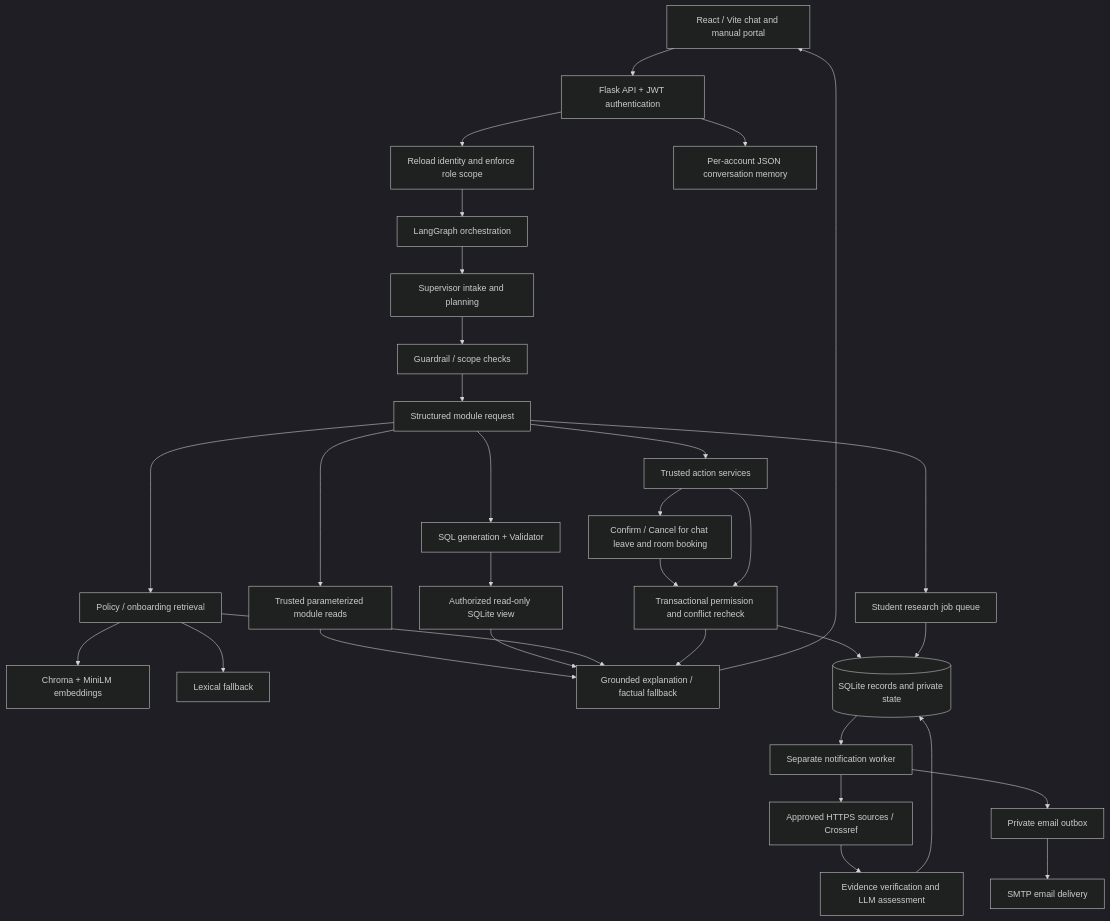
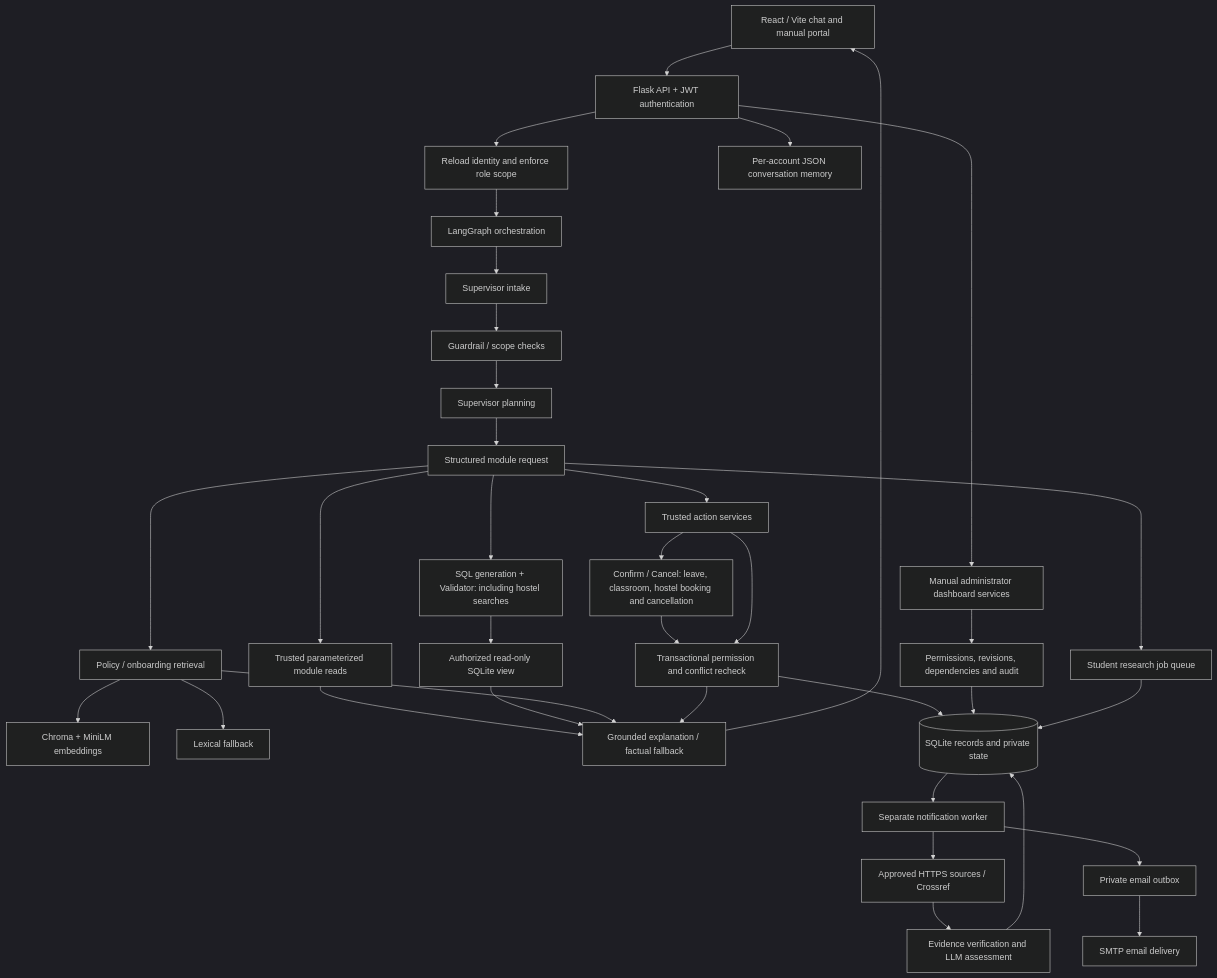
Before and after one commit to vishnuvardhan1507/Collage_Multi_agent_chatbot: the diagram in README.md, drawn with Mermaid (dark theme). The commit also changed other lines of this file and 28 other files, not shown here.

Commit message:
Add admin dashboard, confirmed hostel booking, and LLM hostel searches

````diff
--- a/README.md
+++ b/README.md
@@ -70,34 +70,38 @@
 ```mermaid
 flowchart TD
     UI[React / Vite chat and manual portal] --> API[Flask API + JWT authentication]
     API --> ID[Reload identity and enforce role scope]
     ID --> GRAPH[LangGraph orchestration]
-    GRAPH --> SUP[Supervisor intake and planning]
-    SUP --> GUARD[Guardrail / scope checks]
-    GUARD --> PLAN[Structured module request]
+    GRAPH --> INTAKE[Supervisor intake]
+    INTAKE --> GUARD[Guardrail / scope checks]
+    GUARD --> SUP[Supervisor planning]
+    SUP --> PLAN[Structured module request]
     PLAN --> READ[Trusted parameterized module reads]
-    PLAN --> SQL[SQL generation + Validator]
+    PLAN --> SQL[SQL generation + Validator: including hostel searches]
     SQL --> SAFE[Authorized read-only SQLite view]
     PLAN --> RAG[Policy / onboarding retrieval]
     RAG --> VECTOR[Chroma + MiniLM embeddings]
     RAG --> LEX[Lexical fallback]
     PLAN --> ACTION[Trusted action services]
-    ACTION --> CONF[Confirm / Cancel for chat leave and room booking]
+    ACTION --> CONF[Confirm / Cancel: leave, classroom, hostel booking and cancellation]
     CONF --> TX[Transactional permission and conflict recheck]
     ACTION --> TX
     READ --> ANSWER[Grounded explanation / factual fallback]
     SAFE --> ANSWER
     RAG --> ANSWER
     TX --> ANSWER
     ANSWER --> UI
     API --> MEMORY[Per-account JSON conversation memory]
     TX --> DB[(SQLite records and private state)]
+    API --> ADMIN[Manual administrator dashboard services]
+    ADMIN --> AUDIT[Permissions, revisions, dependencies and audit]
+    AUDIT --> DB
     PLAN --> JOB[Student research job queue]
     JOB --> DB
     DB --> WORKER[Separate notification worker]
     WORKER --> WEB[Approved HTTPS sources / Crossref]
     WEB --> SCREEN[Evidence verification and LLM assessment]
     SCREEN --> DB
     WORKER --> OUTBOX[Private email outbox]
     OUTBOX --> SMTP[SMTP email delivery]
 ```
````
